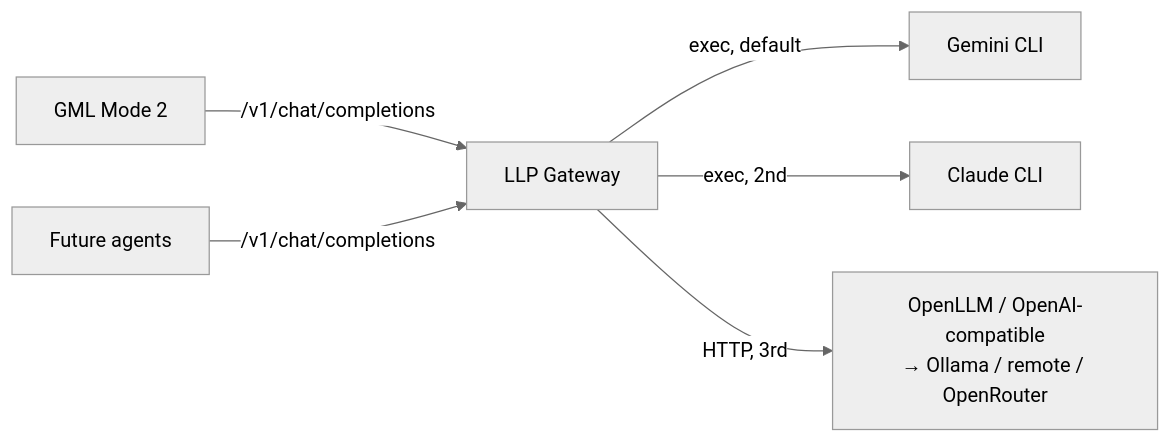
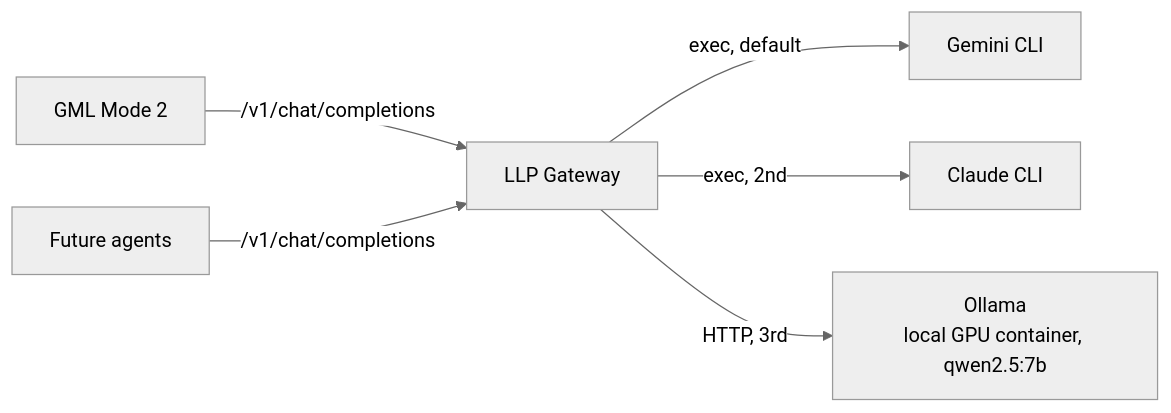
One commit to topolik/tomas-mead-hall changed the diagram in project-management/LLP-llm-proxy/PROJECT.md. Above: the diagram before and after it, drawn with Mermaid (neutral theme). The commit also changed other lines of this file and 8 other files, not shown here.

Commit message:
[LLP] wire Ollama backend: Docker container + GPU, replaces stubbed openllm (LLP-019)

````diff
--- a/project-management/LLP-llm-proxy/PROJECT.md
+++ b/project-management/LLP-llm-proxy/PROJECT.md
@@ -15,8 +15,8 @@
 ```mermaid
 graph LR
     GML[GML Mode 2] -->|/v1/chat/completions| LLP[LLP Gateway]
     OTHER[Future agents] -->|/v1/chat/completions| LLP
     LLP -->|exec, default| GEM[Gemini CLI]
     LLP -->|exec, 2nd| CLA[Claude CLI]
-    LLP -->|HTTP, 3rd| OLL[OpenLLM / OpenAI-compatible<br/>→ Ollama / remote / OpenRouter]
+    LLP -->|HTTP, 3rd| OLL[Ollama<br/>local GPU container, qwen2.5:7b]
 ```
````
